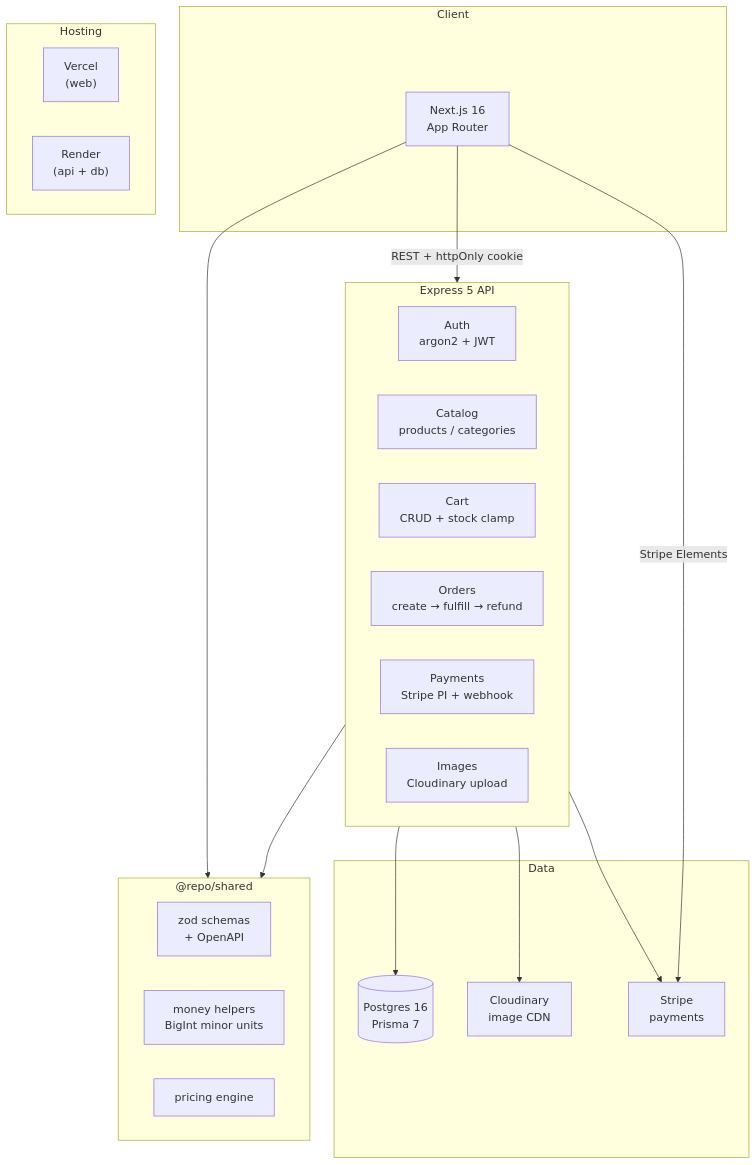
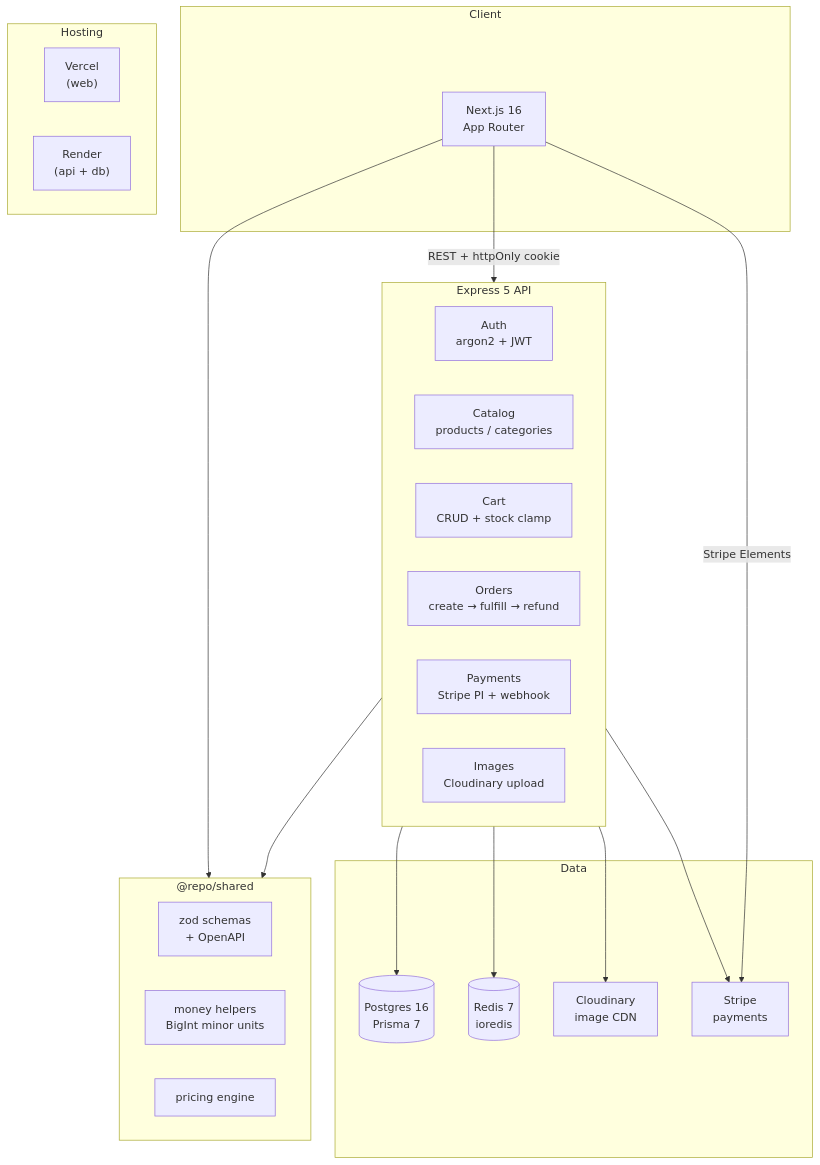
One commit to daminace325/kartit changed the diagram in README.md. Above: the diagram before and after it, drawn with Mermaid. The commit also changed other lines of this file and 1 other file, not shown here.

````diff
--- a/README.md
+++ b/README.md
@@ -7,40 +7,42 @@
 ```mermaid
 graph TD
     subgraph Client
         Web["Next.js 16<br/>App Router"]
     end
 
     subgraph Hosting
         Vercel["Vercel<br/>(web)"]
         Render["Render<br/>(api + db)"]
     end
 
     subgraph API["Express 5 API"]
         Auth["Auth<br/>argon2 + JWT"]
         Catalog["Catalog<br/>products / categories"]
         Cart["Cart<br/>CRUD + stock clamp"]
         Orders["Orders<br/>create → fulfill → refund"]
         Payments["Payments<br/>Stripe PI + webhook"]
         Images["Images<br/>Cloudinary upload"]
     end
 
     subgraph Data
         PG[("Postgres 16<br/>Prisma 7")]
+        Redis[("Redis 7<br/>ioredis")]
         Cloudinary["Cloudinary<br/>image CDN"]
         Stripe["Stripe<br/>payments"]
     end
 
     subgraph Shared["@repo/shared"]
         Schemas["zod schemas<br/>+ OpenAPI"]
         Money["money helpers<br/>BigInt minor units"]
         Pricing["pricing engine"]
     end
 
     Web -->|"REST + httpOnly cookie"| API
     Web -->|"Stripe Elements"| Stripe
     API --> PG
+    API --> Redis
     API --> Cloudinary
     API --> Stripe
     API --> Shared
     Web --> Shared
 ```
````
